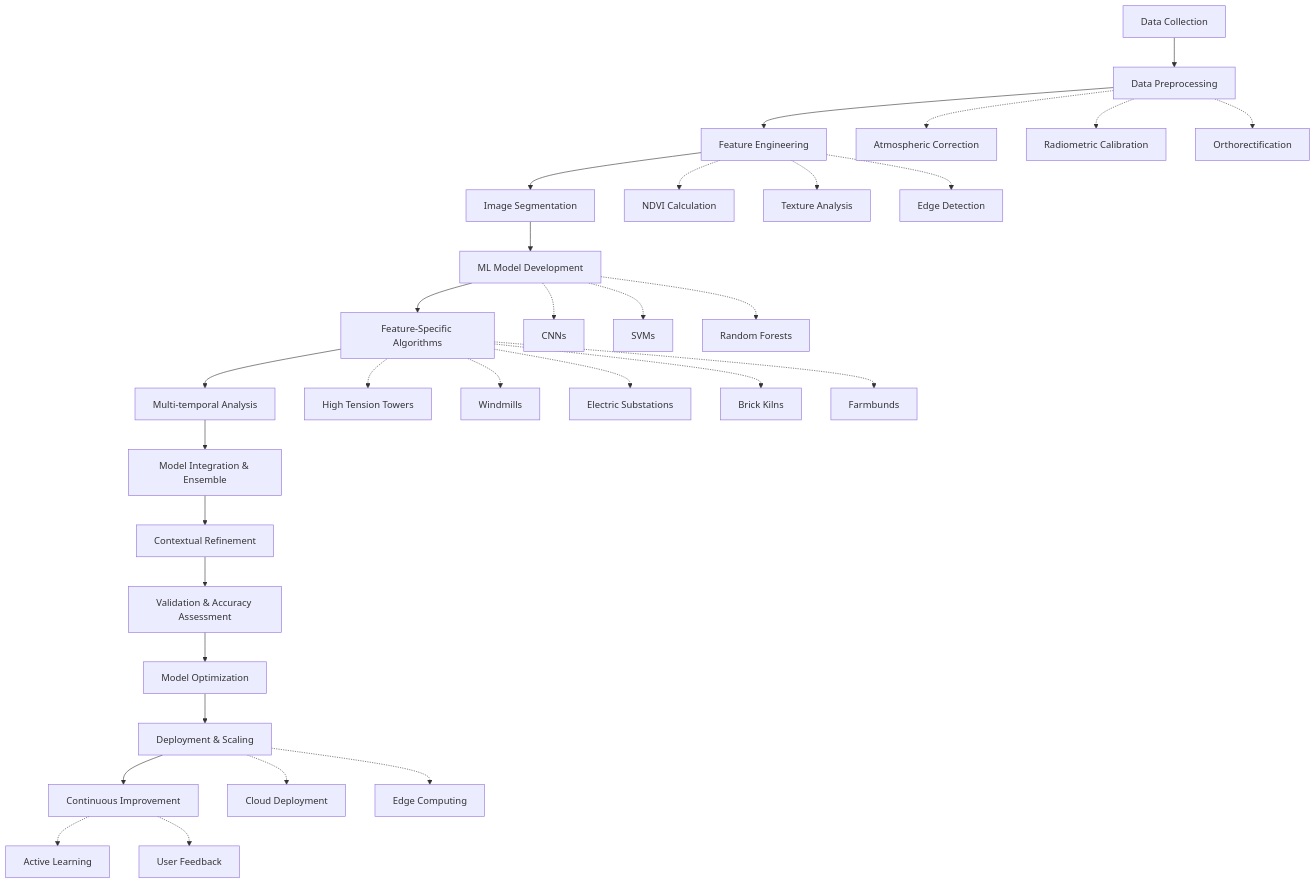
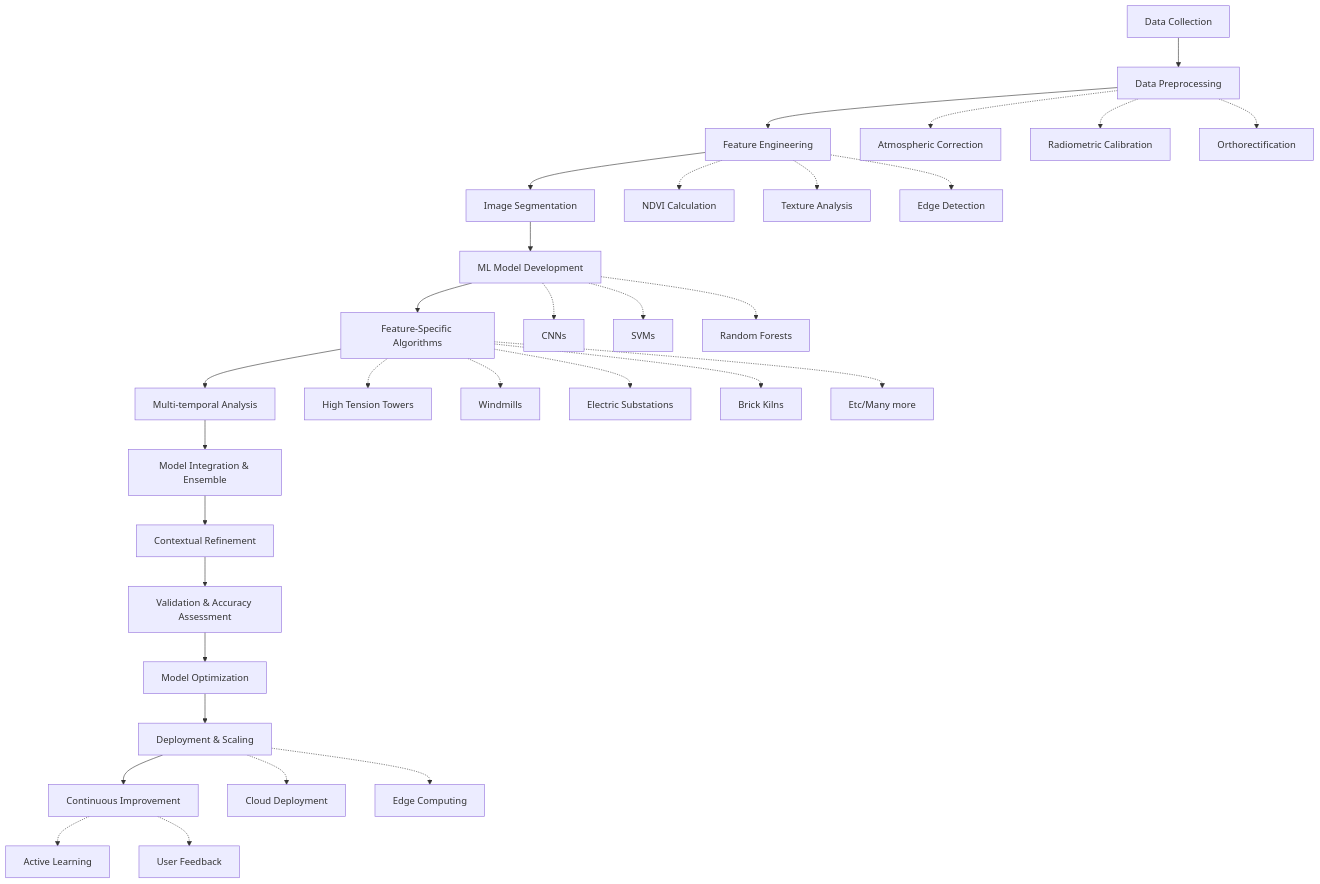
One commit to whynimoisalive/Goofy-HighRes-ML changed the diagram in README.md. Above: the diagram before and after it, drawn with Mermaid.

````diff
--- a/README.md
+++ b/README.md
@@ -101,39 +101,39 @@
 ```mermaid
     graph TD
     A[Data Collection] --> B[Data Preprocessing]
     B --> C[Feature Engineering]
     C --> D[Image Segmentation]
     D --> E[ML Model Development]
     E --> F[Feature-Specific Algorithms]
     F --> G[Multi-temporal Analysis]
     G --> H[Model Integration & Ensemble]
     H --> I[Contextual Refinement]
     I --> J[Validation & Accuracy Assessment]
     J --> K[Model Optimization]
     K --> L[Deployment & Scaling]
     L --> M[Continuous Improvement]
 
     B -.-> N[Atmospheric Correction]
     B -.-> O[Radiometric Calibration]
     B -.-> P[Orthorectification]
 
     C -.-> Q[NDVI Calculation]
     C -.-> R[Texture Analysis]
     C -.-> S[Edge Detection]
 
     E -.-> T[CNNs]
     E -.-> U[SVMs]
     E -.-> V[Random Forests]
 
     F -.-> W[High Tension Towers]
     F -.-> X[Windmills]
     F -.-> Y[Electric Substations]
     F -.-> Z[Brick Kilns]
-    F -.-> AA[Farmbunds]
+    F -.-> AA[Etc/Many more]
 
     L -.-> AB[Cloud Deployment]
     L -.-> AC[Edge Computing]
 
     M -.-> AD[Active Learning]
     M -.-> AE[User Feedback]
 ```
````
